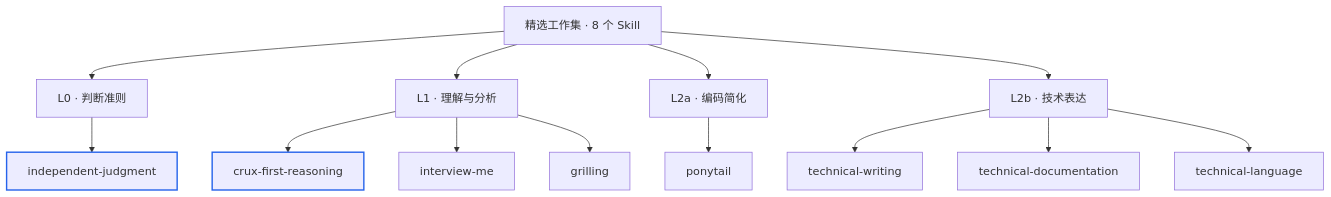
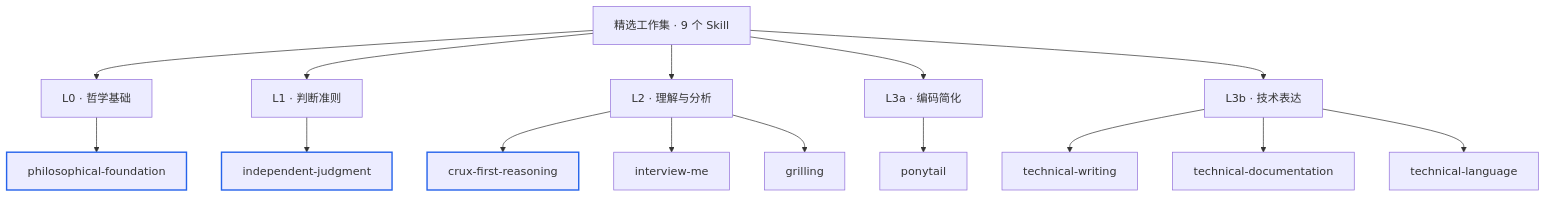
The diagram in README.md (oydodo/skills), drawn with Mermaid before and after one commit. The commit also changed other lines of this file and 15 other files, not shown here.

Commit message:
feat: add L0 philosophical foundation skill and nine-skill registry

````diff
--- a/README.md
+++ b/README.md
@@ -20,21 +22,23 @@
 ```mermaid
 flowchart TB
-    ROOT["精选工作集 · 8 个 Skill"]
+    ROOT["精选工作集 · 9 个 Skill"]
 
-    ROOT --> L0["L0 · 判断准则"]
-    ROOT --> L1["L1 · 理解与分析"]
-    ROOT --> L2C["L2a · 编码简化"]
-    ROOT --> L2W["L2b · 技术表达"]
+    ROOT --> L0["L0 · 哲学基础"]
+    ROOT --> L0J["L1 · 判断准则"]
+    ROOT --> L1["L2 · 理解与分析"]
+    ROOT --> L2C["L3a · 编码简化"]
+    ROOT --> L2W["L3b · 技术表达"]
 
-    L0 --> IJ["independent-judgment"]
+    L0 --> PF["philosophical-foundation"]
+    L0J --> IJ["independent-judgment"]
     L1 --> CR["crux-first-reasoning"]
     L1 --> IM["interview-me"]
     L1 --> GR["grilling"]
     L2C --> PT["ponytail"]
     L2W --> TW["technical-writing"]
     L2W --> TD["technical-documentation"]
     L2W --> TL["technical-language"]
 
     classDef core stroke:#2563eb,stroke-width:2px
-    class IJ,CR core
+    class PF,IJ,CR core
 ```
````
